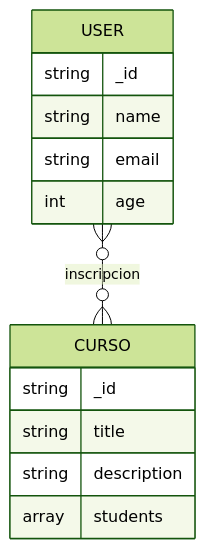
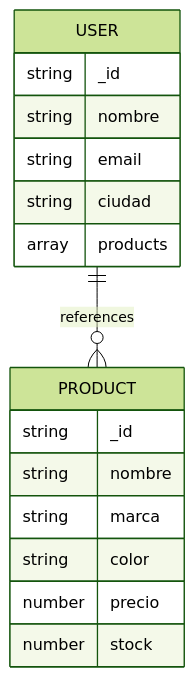
The fourth of 9 diagrams in README.md (sofiaaranoibarra/proyectoBackend), drawn with Mermaid (forest theme) before and after one commit. The commit also changed other lines of this file and 14 other files, not shown here.

````diff
--- a/README.md
+++ b/README.md
@@ -157,18 +218,21 @@
 ```mermaid
 erDiagram
     USER {
         string _id
-        string name
+        string nombre
         string email
-        int age
+        string ciudad
+        array products
     }
 
-    CURSO {
+    PRODUCT {
         string _id
-        string title
-        string description
-        array students
+        string nombre
+        string marca
+        string color
+        number precio
+        number stock
     }
 
-    USER }o--o{ CURSO : inscripcion
+    USER ||--o{ PRODUCT : references
 ```
````
